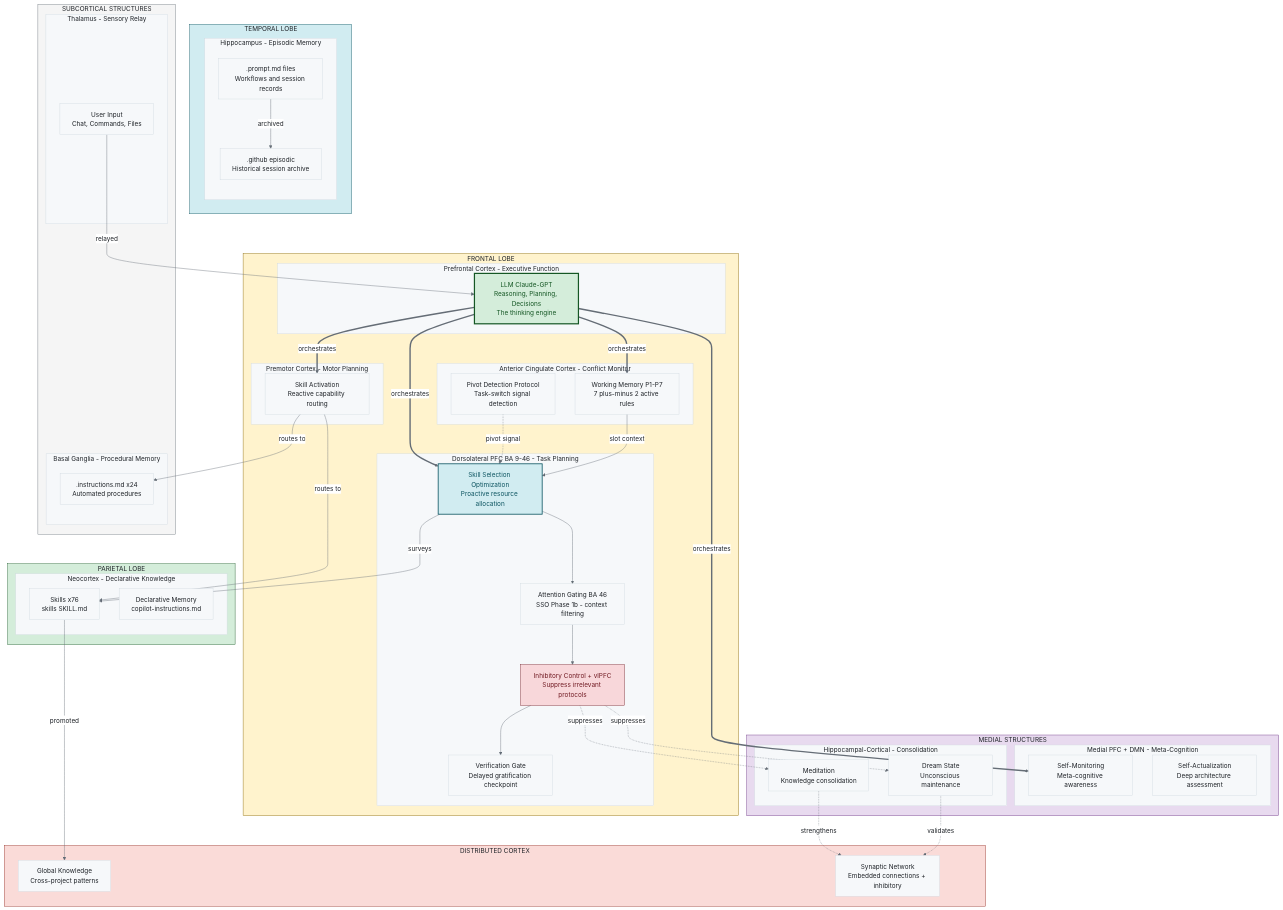
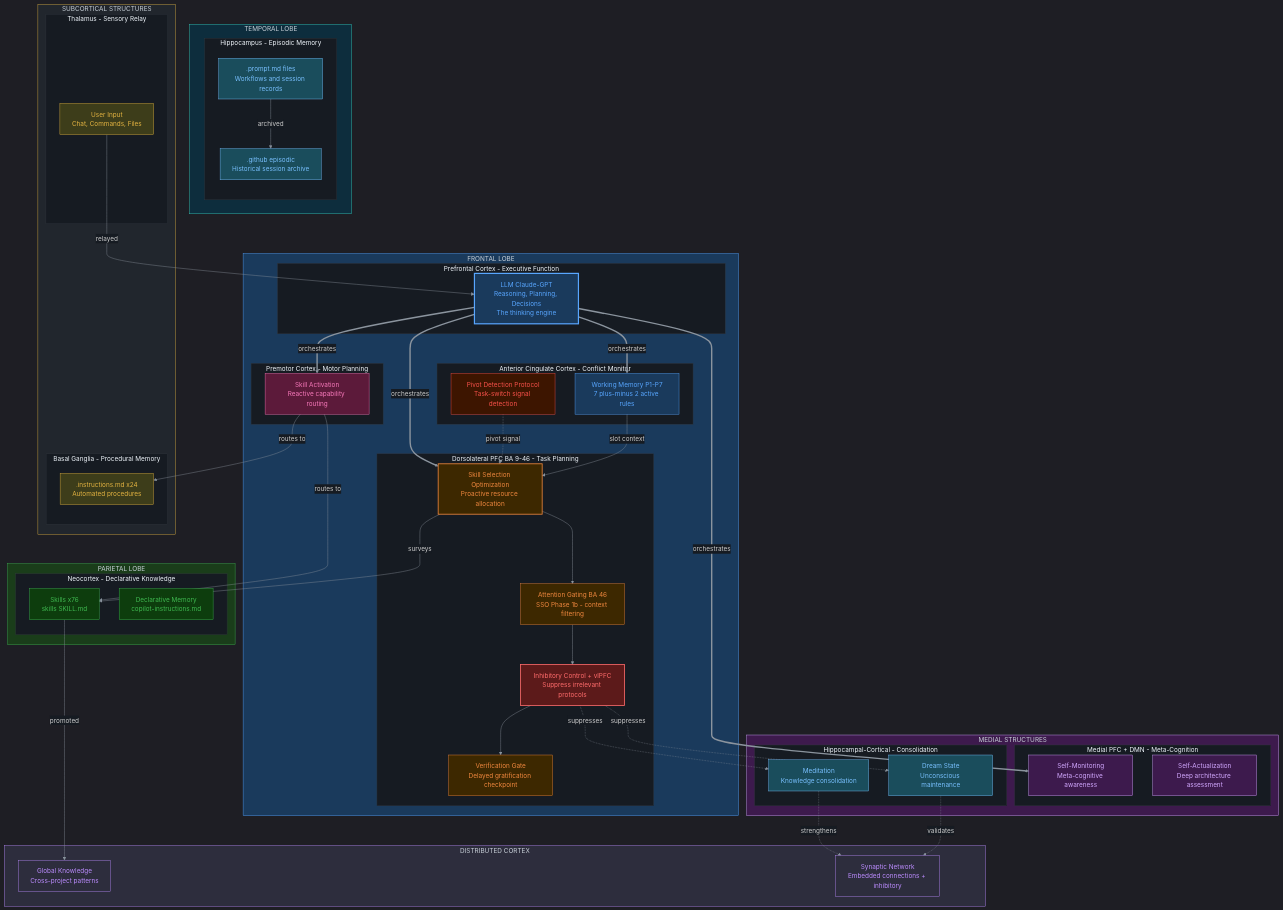
Before and after one commit to fabioc-aloha/Alex_Plug_In: the first of 3 diagrams in alex_docs/architecture/NEUROANATOMICAL-MAPPING.md, drawn with Mermaid. The commit also changed other lines of this file, not shown here.

First line of the commit message:
style: polish Mermaid diagrams with Alex dark brain palette

````diff
--- a/alex_docs/architecture/NEUROANATOMICAL-MAPPING.md
+++ b/alex_docs/architecture/NEUROANATOMICAL-MAPPING.md
@@ -17,5 +17,5 @@
 ```mermaid
-%%{init: {'theme': 'base', 'themeVariables': { 'primaryColor': '#f6f8fa', 'primaryTextColor': '#1f2328', 'primaryBorderColor': '#d1d9e0', 'lineColor': '#656d76', 'secondaryColor': '#f6f8fa', 'tertiaryColor': '#ffffff', 'background': '#ffffff', 'mainBkg': '#f6f8fa', 'nodeBorder': '#d1d9e0', 'clusterBkg': '#f6f8fa', 'clusterBorder': '#d1d9e0', 'titleColor': '#1f2328', 'edgeLabelBackground': '#ffffff'}}}%%
+%%{init: {'theme': 'dark', 'themeVariables': { 'primaryColor': '#161b22', 'primaryTextColor': '#c9d1d9', 'primaryBorderColor': '#30363d', 'lineColor': '#8b949e', 'secondaryColor': '#21262d', 'tertiaryColor': '#0d1117', 'background': '#0d1117', 'mainBkg': '#161b22', 'nodeBorder': '#30363d', 'clusterBkg': '#161b22', 'clusterBorder': '#30363d', 'titleColor': '#f0f6fc', 'edgeLabelBackground': '#161b22'}}}%%
 graph TB
     subgraph FRONTAL["FRONTAL LOBE"]
         subgraph PFC["Prefrontal Cortex - Executive Function"]
@@ -115,14 +115,33 @@
     IC -.->|"suppresses"| DRM
     IC -.->|"suppresses"| MED
 
-    %% Styles
-    style FRONTAL fill:#fff3cd,stroke:#856404,color:#1f2328
-    style TEMPORAL fill:#d1ecf1,stroke:#0c5460,color:#1f2328
-    style PARIETAL fill:#d4edda,stroke:#155724,color:#1f2328
-    style BASAL fill:#f5f5f5,stroke:#6c757d,color:#1f2328
-    style MEDIAL fill:#e8daef,stroke:#6c3483,color:#1f2328
-    style DISTRIBUTE fill:#fadbd8,stroke:#922b21,color:#1f2328
-    style LLM fill:#d4edda,stroke:#155724,color:#155724,stroke-width:3px
-    style SSO fill:#d1ecf1,stroke:#0c5460,color:#0c5460,stroke-width:2px
-    style IC fill:#f8d7da,stroke:#721c24,color:#721c24
+    %% Region styles - Alex brain palette
+    style FRONTAL fill:#1a3a5c,stroke:#58a6ff,color:#c9d1d9
+    style TEMPORAL fill:#0d2d3d,stroke:#39d2c0,color:#c9d1d9
+    style PARIETAL fill:#1a3d1a,stroke:#3fb950,color:#c9d1d9
+    style BASAL fill:#21262d,stroke:#e3b341,color:#c9d1d9
+    style MEDIAL fill:#3d1a4d,stroke:#d2a8ff,color:#c9d1d9
+    style DISTRIBUTE fill:#2d2d3d,stroke:#bc8cff,color:#c9d1d9
+
+    %% Key node highlights
+    style LLM fill:#1a3a5c,stroke:#58a6ff,color:#58a6ff,stroke-width:3px
+    style SSO fill:#3d2800,stroke:#f0883e,color:#f0883e,stroke-width:2px
+    style AG fill:#3d2800,stroke:#f0883e,color:#f0883e
+    style IC fill:#5c1a1a,stroke:#ff6b6b,color:#ff6b6b,stroke-width:2px
+    style VG fill:#3d2800,stroke:#f0883e,color:#f0883e
+    style PD fill:#3d1500,stroke:#f85149,color:#f85149
+    style WM fill:#1a3a5c,stroke:#58a6ff,color:#58a6ff
+    style SA fill:#5c1a3a,stroke:#f778ba,color:#f778ba
+    style INPUT fill:#3d3d1a,stroke:#e3b341,color:#e3b341
+    style EP fill:#1a4d5c,stroke:#79c0ff,color:#79c0ff
+    style EA fill:#1a4d5c,stroke:#79c0ff,color:#79c0ff
+    style SK fill:#0d3d0d,stroke:#3fb950,color:#3fb950
+    style DM fill:#0d3d0d,stroke:#3fb950,color:#3fb950
+    style PM fill:#3d3d1a,stroke:#e3b341,color:#e3b341
+    style MC fill:#3d1a4d,stroke:#d2a8ff,color:#d2a8ff
+    style SA2 fill:#3d1a4d,stroke:#d2a8ff,color:#d2a8ff
+    style MED fill:#1a4d5c,stroke:#79c0ff,color:#79c0ff
+    style DRM fill:#1a4d5c,stroke:#79c0ff,color:#79c0ff
+    style GK fill:#2d2d3d,stroke:#bc8cff,color:#bc8cff
+    style SYN fill:#2d2d3d,stroke:#bc8cff,color:#bc8cff
 ```
````
